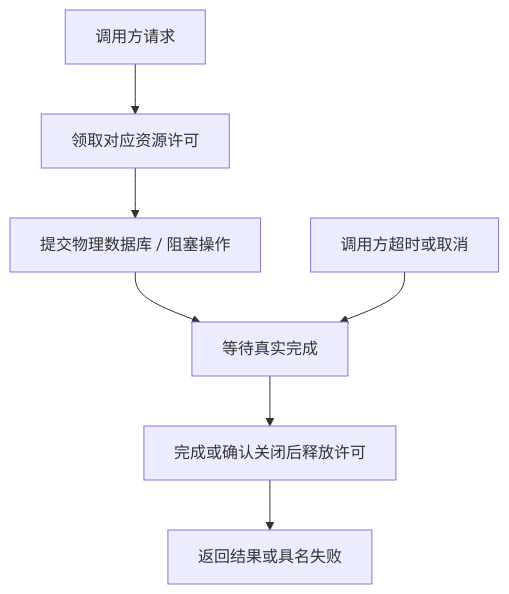
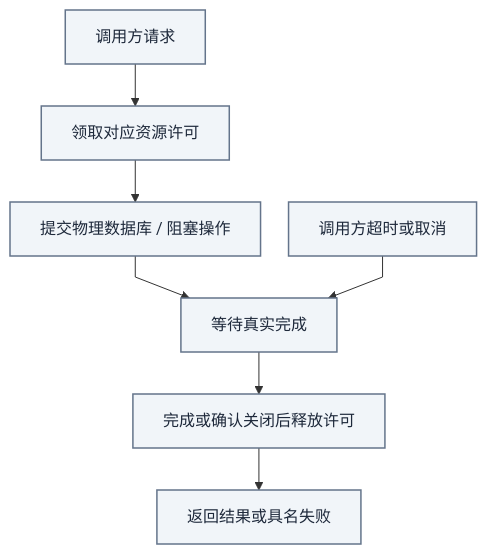
Before and after one commit to AnalyThothAI/tracefold: the first of 2 diagrams in docs/modules/platform.md, drawn with Mermaid. The commit also changed other lines of this file and 19 other files, not shown here.

Commit message:
docs: unify Chinese handbook design and architecture diagrams

````diff
--- a/docs/modules/platform.md
+++ b/docs/modules/platform.md
@@ -39,9 +69,26 @@
 ```mermaid
+---
+config:
+  fontFamily: "system-ui, Noto Sans CJK SC, Microsoft YaHei, WenQuanYi Zen Hei, sans-serif"
+  flowchart:
+    curve: linear
+    nodeSpacing: 28
+    rankSpacing: 42
+---
 flowchart TD
+    accTitle: 物理操作与资源许可
+    accDescr: 请求取得许可后提交物理操作。即使等待方超时，也要等实际完成或确认关闭后释放许可。
     Request["调用方请求"] --> Permit["领取对应资源许可"]
     Permit --> Native["提交物理数据库 / 阻塞操作"]
     Native --> Wait["等待真实完成"]
     Timeout["调用方超时或取消"] --> Wait
     Wait --> Release["完成或确认关闭后释放许可"]
     Release --> Result["返回结果或具名失败"]
+
+    classDef news fill:#ecfdf5,stroke:#0f766e,color:#134e4a,stroke-width:1.5px
+    classDef research fill:#eef2ff,stroke:#6366f1,color:#312e81,stroke-width:1.5px
+    classDef execution fill:#fff7ed,stroke:#c2410c,color:#7c2d12,stroke-width:1.5px
+    classDef store fill:#f1f5f9,stroke:#64748b,color:#1e293b,stroke-width:1.5px
+    classDef external fill:#f8fafc,stroke:#94a3b8,color:#334155,stroke-dasharray:4 3
+class Request,Permit,Native,Wait,Timeout,Release,Result store;
 ```
````
